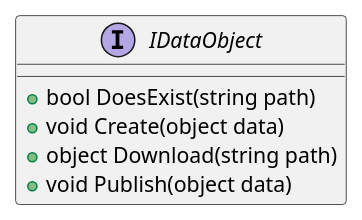
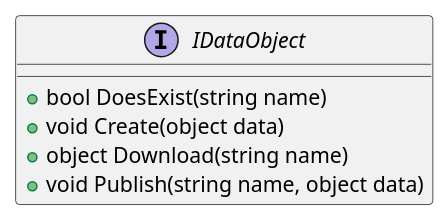
The diagram in doc/uml/classes/DataObject.puml (CPNV-ES-BI/BI_CSHARP_GCP), drawn with PlantUML before and after one commit.

Commit message:
Update class diagram

```diff
--- a/doc/uml/classes/DataObject.puml
+++ b/doc/uml/classes/DataObject.puml
@@ -1,10 +1,10 @@
 @startuml DataObject
 
 interface IDataObject {
- +bool DoesExist(string path)
+ +bool DoesExist(string name)
  +void Create(object data)
- +object Download(string path)
- +void Publish(object data)
+ +object Download(string name)
+ +void Publish(string name, object data)
 }
 
 @enduml
```
